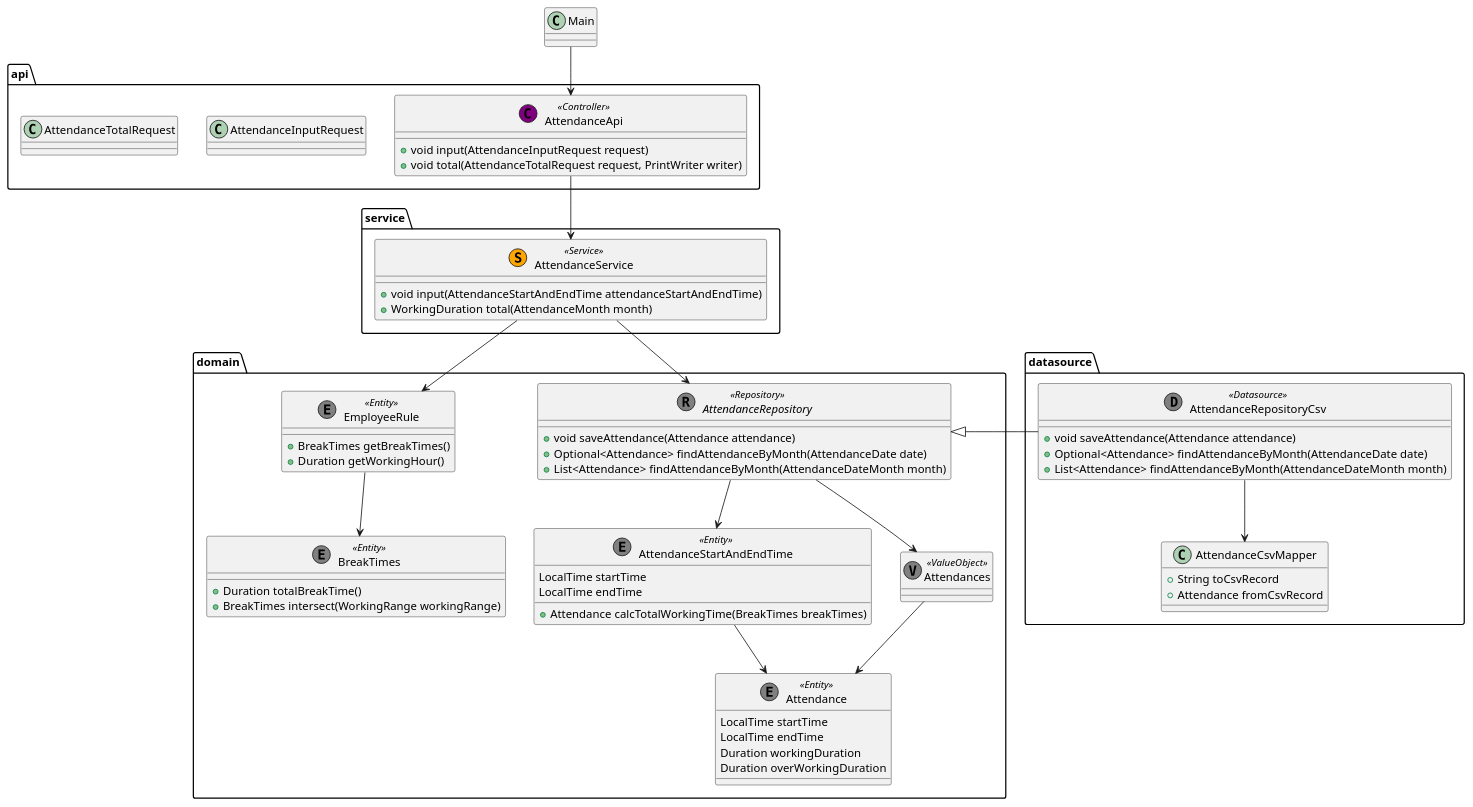
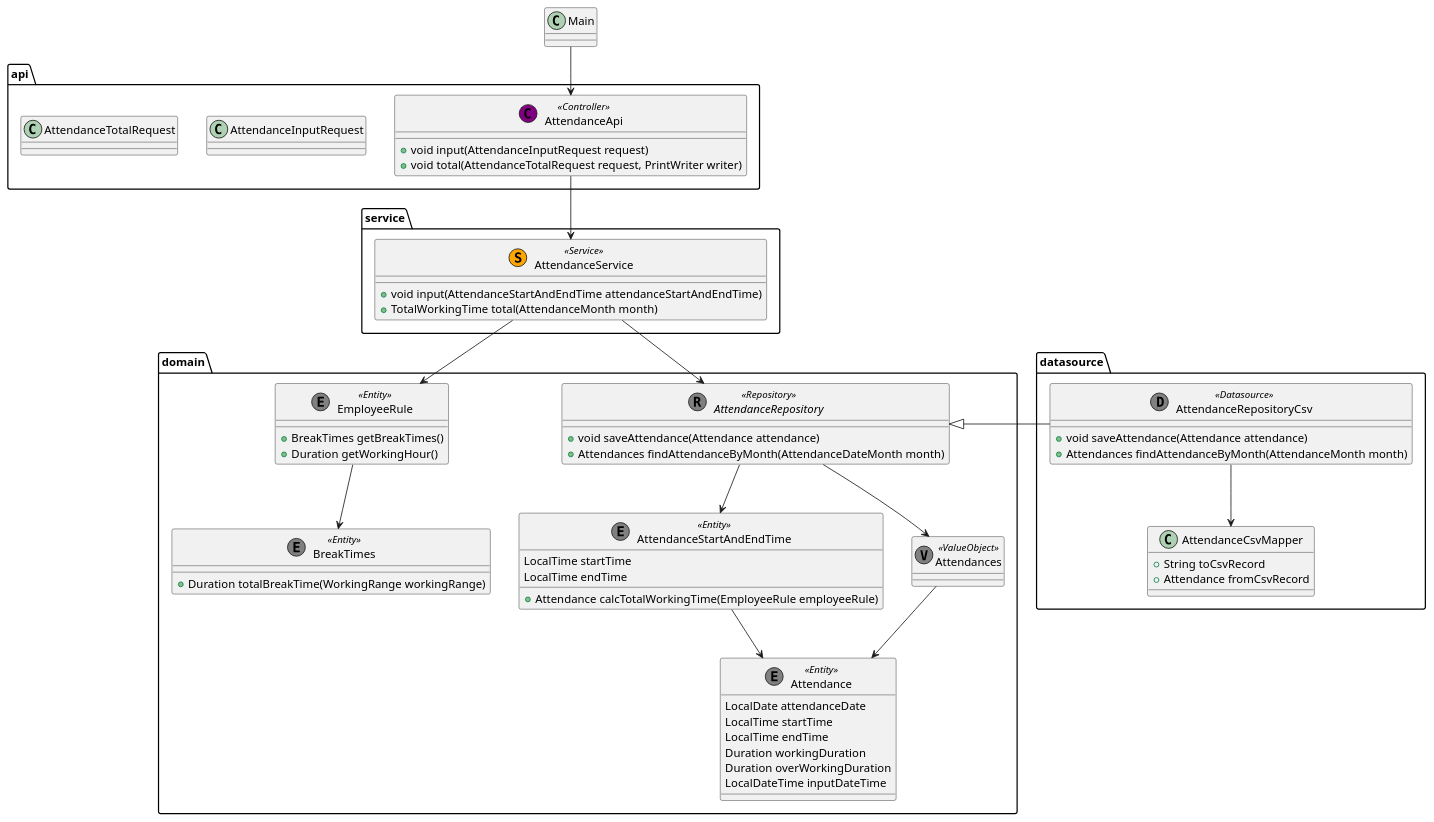
One commit to biglobe-isp/kintai changed the diagram in etc/document/class_diagram.puml. Above: the diagram before and after it, drawn with PlantUML.

Commit message:
モデルをコードに合わせて修正

```diff
--- a/etc/document/class_diagram.puml
+++ b/etc/document/class_diagram.puml
@@ -1,90 +1,89 @@
 @startuml 勤怠管理クラス図
 package domain {
     class EmployeeRule<<(E,gray) Entity>> {
         +BreakTimes getBreakTimes()
         +Duration getWorkingHour()
     }
 
     class BreakTimes<<(E,gray) Entity>> {
-        +Duration totalBreakTime()
-        +BreakTimes intersect(WorkingRange workingRange)
+        +Duration totalBreakTime(WorkingRange workingRange)
     }
 
     class AttendanceStartAndEndTime<<(E,gray) Entity>> {
         LocalTime startTime
         LocalTime endTime
-        +Attendance calcTotalWorkingTime(BreakTimes breakTimes)
+        +Attendance calcTotalWorkingTime(EmployeeRule employeeRule)
     }
 
     class Attendance<<(E,gray) Entity>> {
+        LocalDate attendanceDate
         LocalTime startTime
         LocalTime endTime
         Duration workingDuration
         Duration overWorkingDuration
+        LocalDateTime inputDateTime
     }
 
     class Attendances<<(V,gray) ValueObject>>
 
     interface AttendanceRepository<<(R,gray) Repository>> {
         +void saveAttendance(Attendance attendance)
-        +Optional<Attendance> findAttendanceByMonth(AttendanceDate date)
-        +List<Attendance> findAttendanceByMonth(AttendanceDateMonth month)
+        +Attendances findAttendanceByMonth(AttendanceDateMonth month)
     }
 }
 
 package datasource {
     class AttendanceRepositoryCsv<<(D,gray) Datasource>> {
         +void saveAttendance(Attendance attendance)
-        +Optional<Attendance> findAttendanceByMonth(AttendanceDate date)
-        +List<Attendance> findAttendanceByMonth(AttendanceDateMonth month)
+        +Attendances findAttendanceByMonth(AttendanceMonth month)
     }
 
     class AttendanceCsvMapper {
         +String toCsvRecord
         +Attendance fromCsvRecord
     }
 }
 
 package service {
     class AttendanceService<<(S,orange) Service>> {
         +void input(AttendanceStartAndEndTime attendanceStartAndEndTime)
-        +WorkingDuration total(AttendanceMonth month)
+        +TotalWorkingTime total(AttendanceMonth month)
     }
 }
 
 package api {
     class AttendanceApi<<(C,purple) Controller>> {
         +void input(AttendanceInputRequest request)
         +void total(AttendanceTotalRequest request, PrintWriter writer)
     }
 
     class AttendanceInputRequest
 
     class AttendanceTotalRequest
 }
 
 /'
 引数が足りないなど、ロジック以前の入力チェックを行う
 DIコンテナ、設定ファイルライブラリ、CLIライブラリは使用しないため、対応する処理はmain関数に記載する
 '/
 class Main
 
 AttendanceRepository <|- AttendanceRepositoryCsv
 
 Attendances --> Attendance
 AttendanceStartAndEndTime --> Attendance
 
 AttendanceRepository --> Attendances
 AttendanceRepository --> AttendanceStartAndEndTime
 
 
 AttendanceService --> AttendanceRepository
 AttendanceService --> EmployeeRule
 EmployeeRule --> BreakTimes
 
 AttendanceApi --> AttendanceService
 
 AttendanceRepositoryCsv --> AttendanceCsvMapper
 
 Main --> AttendanceApi
 @enduml
```
